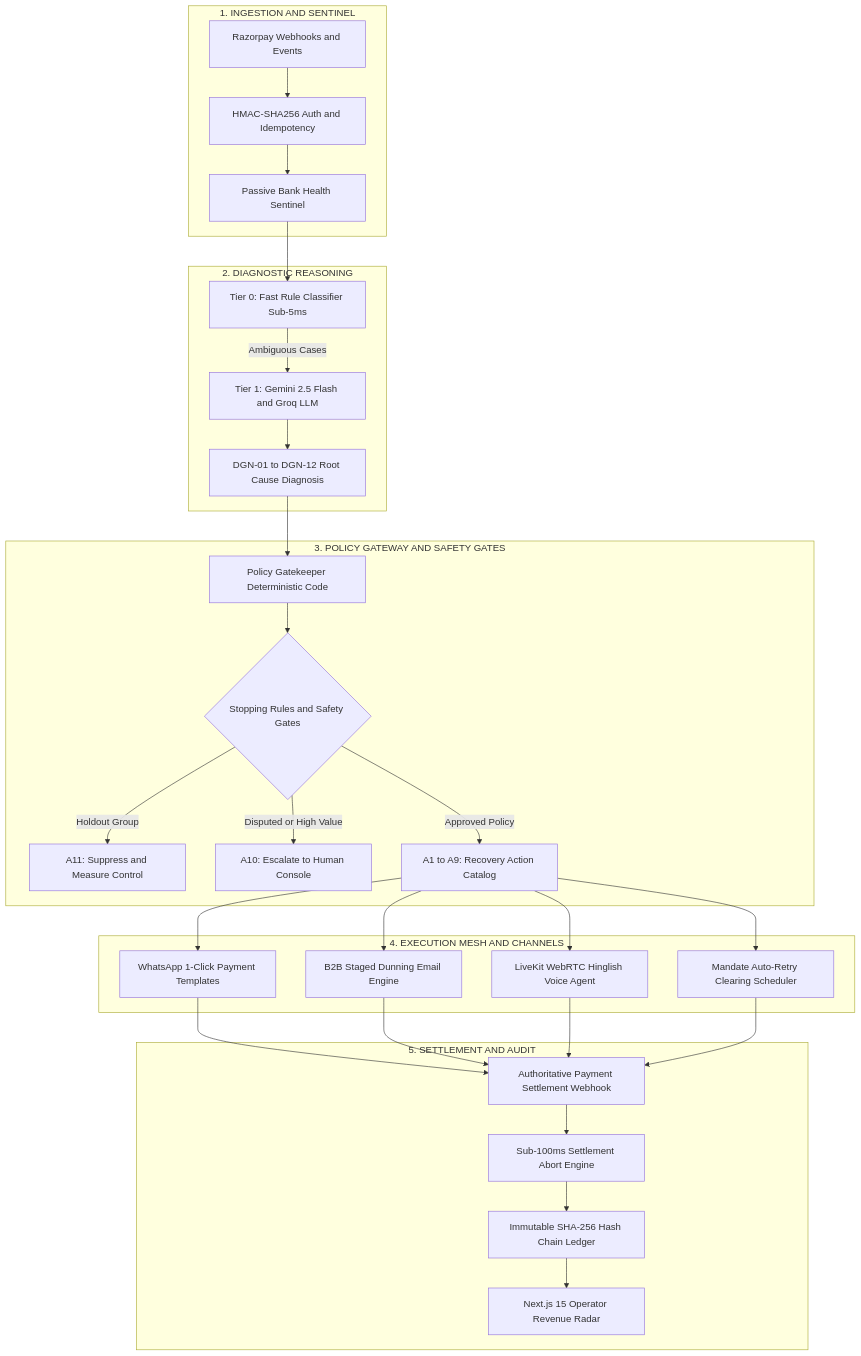
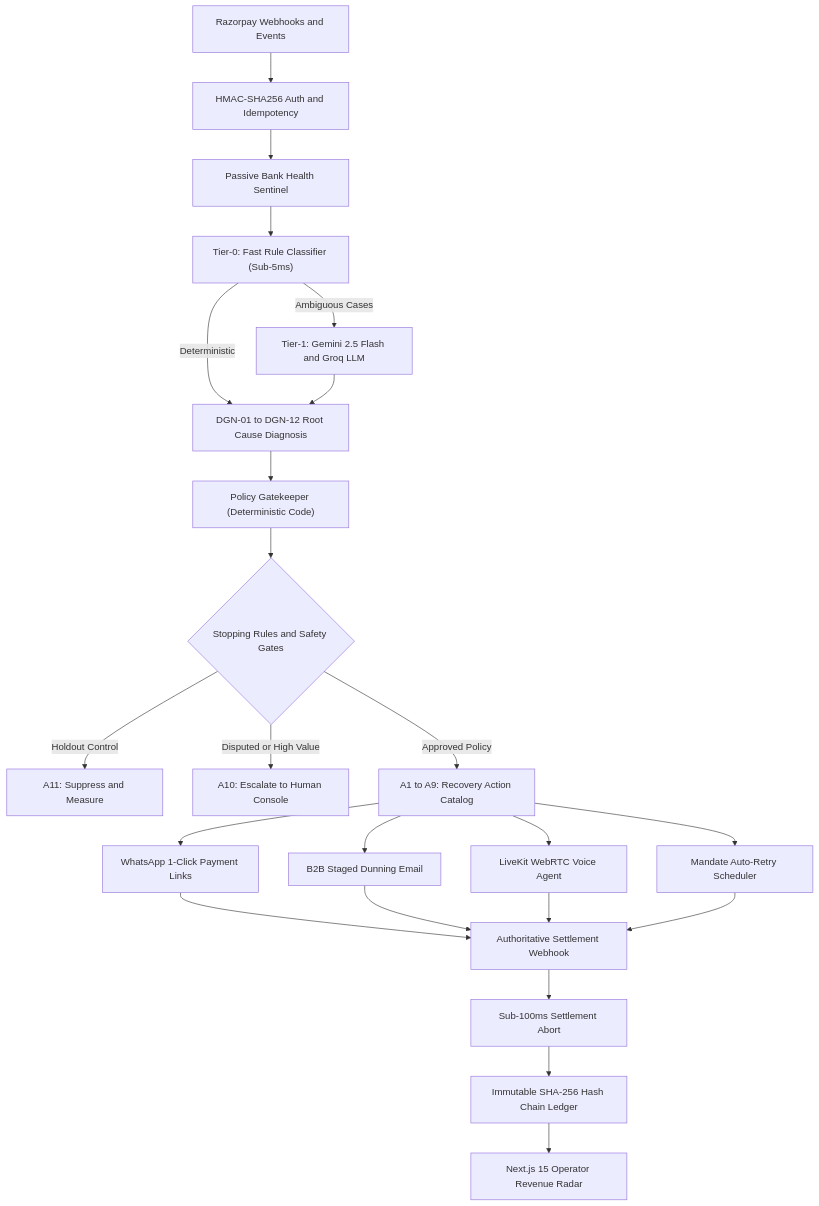
The diagram in README.md (Adityaraj1969/Razorpay-Revenue-Recovery), drawn with Mermaid before and after one commit.

Commit message:
fix(readme): simplify architecture diagram to clean graph TD for instant rendering

````diff
--- a/README.md
+++ b/README.md
@@ -39,39 +39,30 @@
 ```mermaid
-flowchart TD
-    subgraph Ingestion["1. INGESTION AND SENTINEL"]
-        A["Razorpay Webhooks and Events"] --> B["HMAC-SHA256 Auth and Idempotency"]
-        B --> C["Passive Bank Health Sentinel"]
-    end
-
-    subgraph Intelligence["2. DIAGNOSTIC REASONING"]
-        C --> D["Tier 0: Fast Rule Classifier Sub-5ms"]
-        D -->|Ambiguous Cases| E["Tier 1: Gemini 2.5 Flash and Groq LLM"]
-        E --> F["DGN-01 to DGN-12 Root Cause Diagnosis"]
-    end
-
-    subgraph Governance["3. POLICY GATEWAY AND SAFETY GATES"]
-        F --> G["Policy Gatekeeper Deterministic Code"]
-        G --> H{"Stopping Rules and Safety Gates"}
-        H -->|Holdout Group| I["A11: Suppress and Measure Control"]
-        H -->|Disputed or High Value| J["A10: Escalate to Human Console"]
-        H -->|Approved Policy| K["A1 to A9: Recovery Action Catalog"]
-    end
-
-    subgraph Mesh["4. EXECUTION MESH AND CHANNELS"]
-        K --> L["WhatsApp 1-Click Payment Templates"]
-        K --> M["B2B Staged Dunning Email Engine"]
-        K --> N["LiveKit WebRTC Hinglish Voice Agent"]
-        K --> O["Mandate Auto-Retry Clearing Scheduler"]
-    end
-
-    subgraph Verification["5. SETTLEMENT AND AUDIT"]
-        P["Authoritative Payment Settlement Webhook"] --> Q["Sub-100ms Settlement Abort Engine"]
-        Q --> R["Immutable SHA-256 Hash Chain Ledger"]
-        R --> S["Next.js 15 Operator Revenue Radar"]
-    end
-
-    L --> P
+graph TD
+    A["Razorpay Webhooks and Events"] --> B["HMAC-SHA256 Auth and Idempotency"]
+    B --> C["Passive Bank Health Sentinel"]
+    
+    C --> D["Tier-0: Fast Rule Classifier (Sub-5ms)"]
+    D -->|Ambiguous Cases| E["Tier-1: Gemini 2.5 Flash and Groq LLM"]
+    D -->|Deterministic| F["DGN-01 to DGN-12 Root Cause Diagnosis"]
+    E --> F
+    
+    F --> G["Policy Gatekeeper (Deterministic Code)"]
+    G --> H{"Stopping Rules and Safety Gates"}
+    H -->|Holdout Control| I["A11: Suppress and Measure"]
+    H -->|Disputed or High Value| J["A10: Escalate to Human Console"]
+    H -->|Approved Policy| K["A1 to A9: Recovery Action Catalog"]
+    
+    K --> L["WhatsApp 1-Click Payment Links"]
+    K --> M["B2B Staged Dunning Email"]
+    K --> N["LiveKit WebRTC Voice Agent"]
+    K --> O["Mandate Auto-Retry Scheduler"]
+    
+    L --> P["Authoritative Settlement Webhook"]
     M --> P
     N --> P
     O --> P
+    
+    P --> Q["Sub-100ms Settlement Abort"]
+    Q --> R["Immutable SHA-256 Hash Chain Ledger"]
+    R --> S["Next.js 15 Operator Revenue Radar"]
 ```
````
